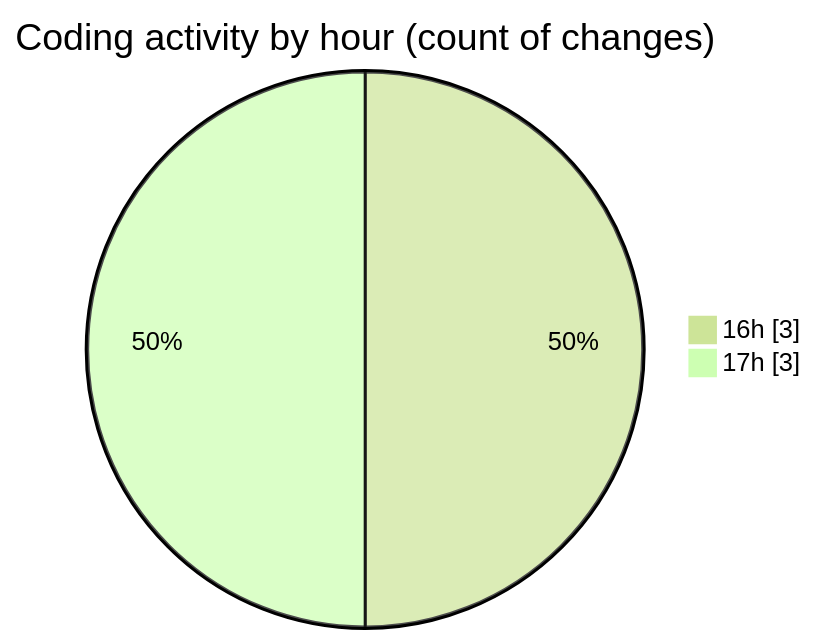
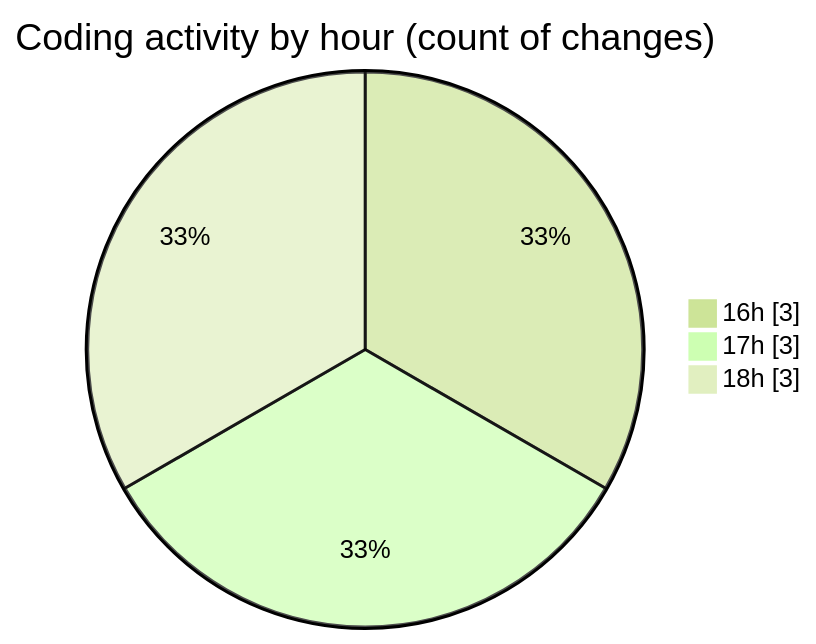
The second of 2 diagrams in 2026-10-12/untitled__workspace_/README.md (debugP/code-tracking), drawn with Mermaid (forest theme) before and after one commit. The commit also changed other lines of this file and 1 other file, not shown here.

````diff
--- a/2026-10-12/untitled__workspace_/README.md
+++ b/2026-10-12/untitled__workspace_/README.md
@@ -31,6 +31,7 @@
 ```mermaid
 pie showData
 title Coding activity by hour (count of changes)
 "16h" : 3
 "17h" : 3
+"18h" : 3
 ```
````
